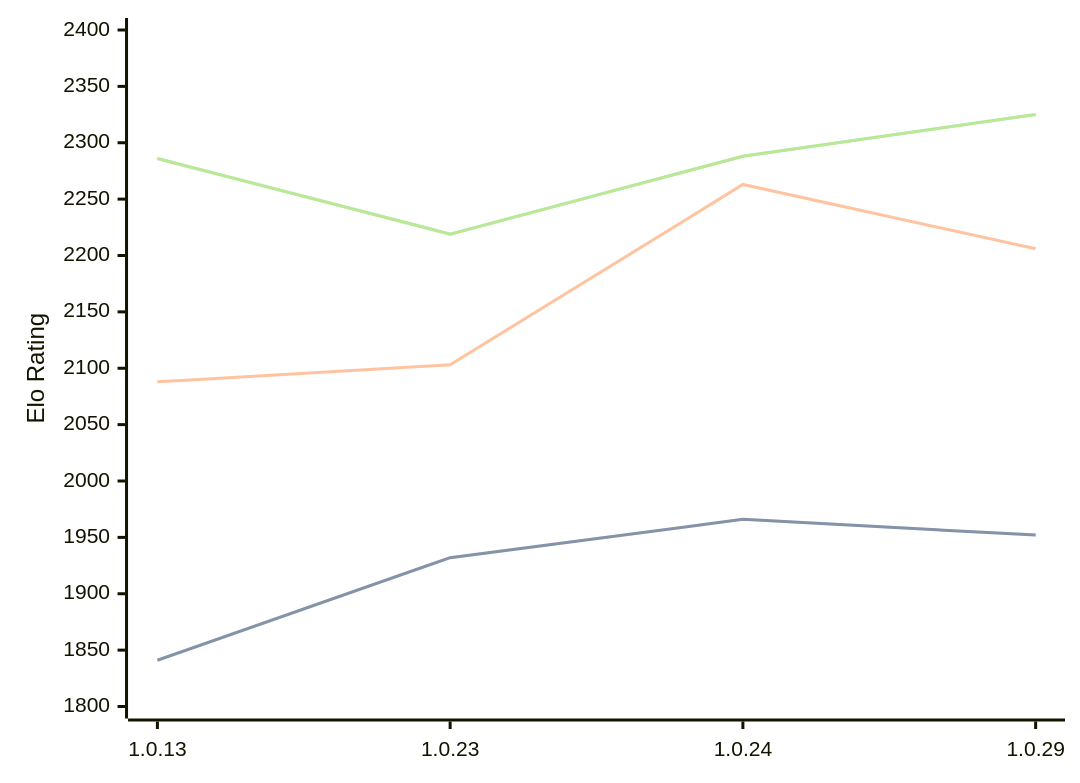
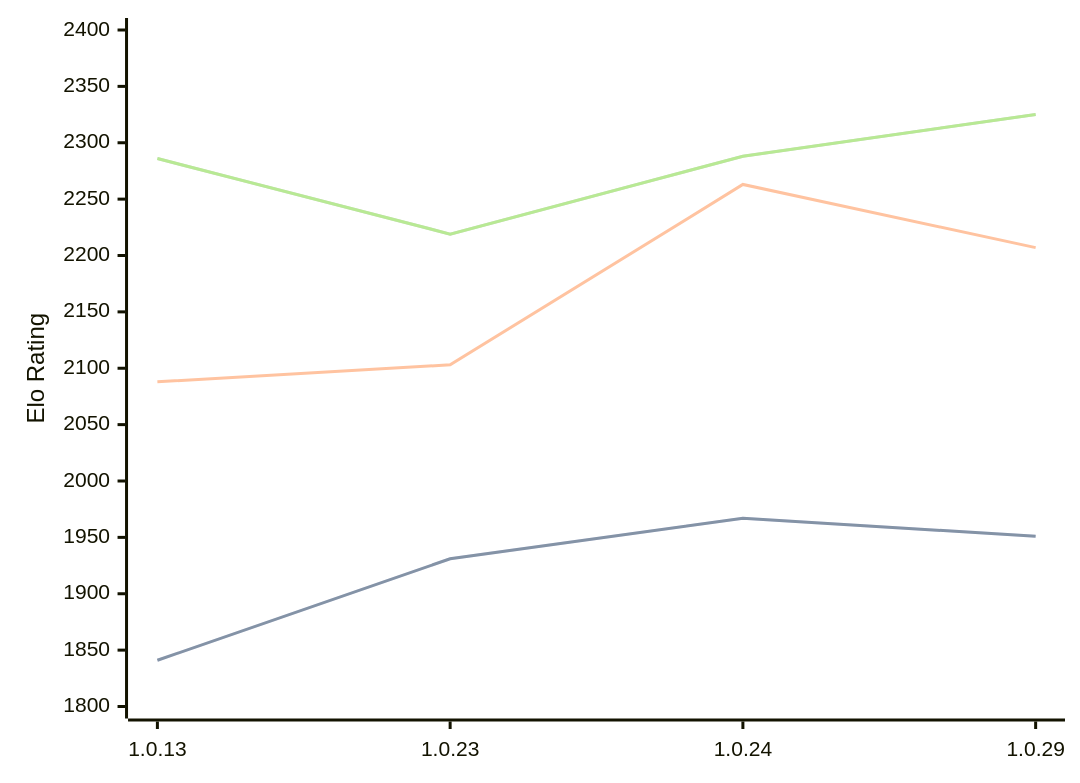
One commit to computer-chess-index/cci changed the diagram in engines/RustyRival.md. Above: the diagram before and after it, drawn with Mermaid. The commit also changed other lines of this file, not shown here.

````diff
--- a/engines/RustyRival.md
+++ b/engines/RustyRival.md
@@ -54,11 +54,11 @@
 ```mermaid
 %%{init: {"theme":"base","themeVariables":{"seriesColors:['#a3a3a3','#222221','#faa371']}}}%%
 xychart-beta
   x-axis ["1.0.13", "1.0.23", "1.0.24", "1.0.29"]
   y-axis "Elo Rating" 1800 --> 2400
-  line "STC (8.0+0.08s)" [1841, 1932, 1966, 1952]
-  line "STC (8.0+0.08s)" [1841, 1932, 1966, 1952]
-  line "LTC (60.0+0.60s)" [2088, 2103, 2263, 2206]
+  line "STC (8.0+0.08s)" [1841, 1931, 1967, 1951]
+  line "STC (8.0+0.08s)" [1841, 1931, 1967, 1951]
+  line "LTC (60.0+0.60s)" [2088, 2103, 2263, 2207]
   line "VLTC (2m24s+1.12s)" [2286, 2219, 2288, 2325]
   line "VLTC (2m24s+1.12s)" [2286, 2219, 2288, 2325]
 ```
````
